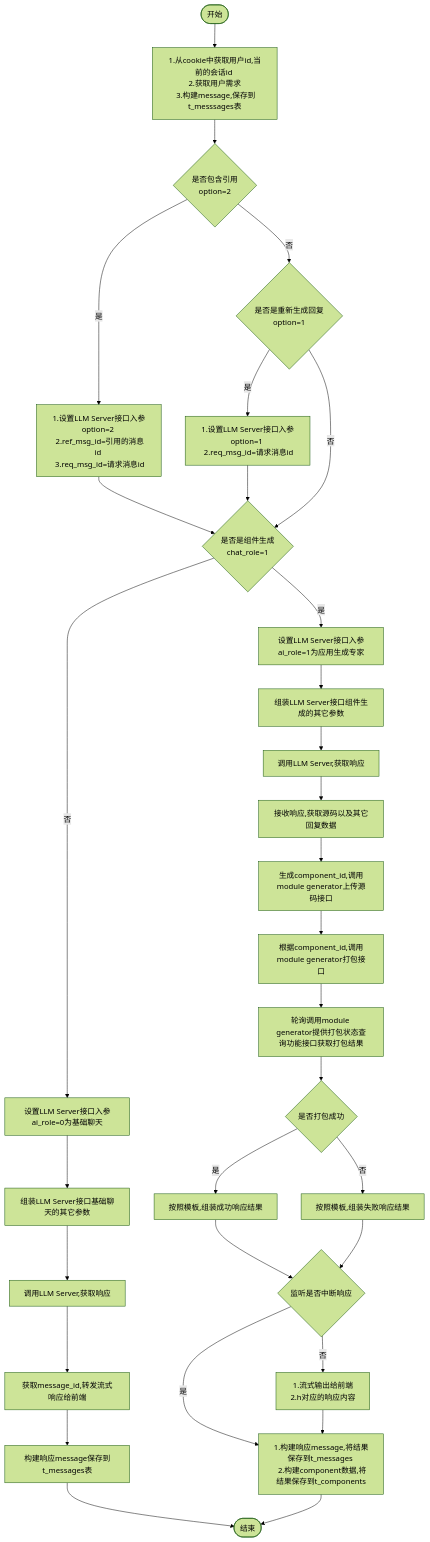
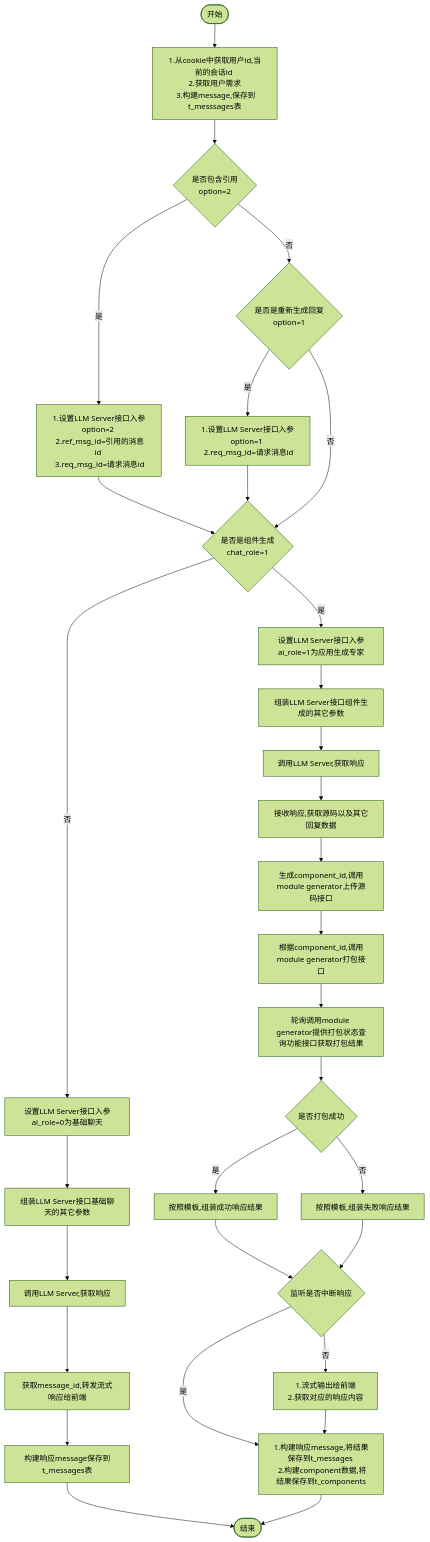
Before and after one commit to yingjianzh/iodraw-files: the diagram in all/w3-会话-不需要传递message.md, drawn with Mermaid (forest theme).

Commit message:
2024-10-15 15:17:00 update

````diff
--- a/all/w3-会话-不需要传递message.md
+++ b/all/w3-会话-不需要传递message.md
@@ -1,37 +1,37 @@
 ```mermaid
 flowchart TD
     A([开始]) --> B[1.从cookie中获取用户id,当前的会话id \n 2.获取用户需求 \n 3.构建message,保存到t_messsages表]
     B--> D{是否包含引用 \n option=2}
     D -- 是 --> E[1.设置LLM Server接口入参option=2 \n 2.ref_msg_id=引用的消息id \n 3.req_msg_id=请求消息id]
     D -- 否 --> F{是否是重新生成回复\n option=1}
     F -- 是 --> G[1.设置LLM Server接口入参option=1 \n 2.req_msg_id=请求消息id]
     F -- 否 --> I
      
     E & G --> I{是否是组件生成 \n chat_role=1}
     I -- 否 --> K[设置LLM Server接口入参ai_role=0为基础聊天]
     I -- 是 --> J[设置LLM Server接口入参ai_role=1为应用生成专家]
     
 
     J --> L[组装LLM Server接口组件生成的其它参数]    
     K --> M[组装LLM Server接口基础聊天的其它参数]    
     M --> N[调用LLM Server,获取响应]    
     N --> O[获取message_id,转发流式响应给前端]
     O --> P[构建响应message保存到t_messages表]
     P --> R([结束])
 
 
     L --> S[调用LLM Server,获取响应]
     S --> T[接收响应,获取源码以及其它回复数据]
     T --> U[生成component_id,调用module generator上传源码接口]
     U --> V[根据component_id,调用module generator打包接口]
     V --> W[轮询调用module generator提供打包状态查询功能接口获取打包结果]
     W --> X{是否打包成功}
     X -- 是 --> Y[按照模板,组装成功响应结果]
     X -- 否 --> Z[按照模板,组装失败响应结果]
     Y & Z --> Done{监听是否中断响应}
     Done -- 是 --> Result
-    Done -- 否 --> OutPut[1.流式输出给前端 \n 2.h对应的响应内容]
+    Done -- 否 --> OutPut[1.流式输出给前端 \n 2.获取对应的响应内容]
 
     OutPut --> Result[1.构建响应message,将结果保存到t_messages \n 2.构建component数据,将结果保存到t_components]
     Result --> R
 ```
````
